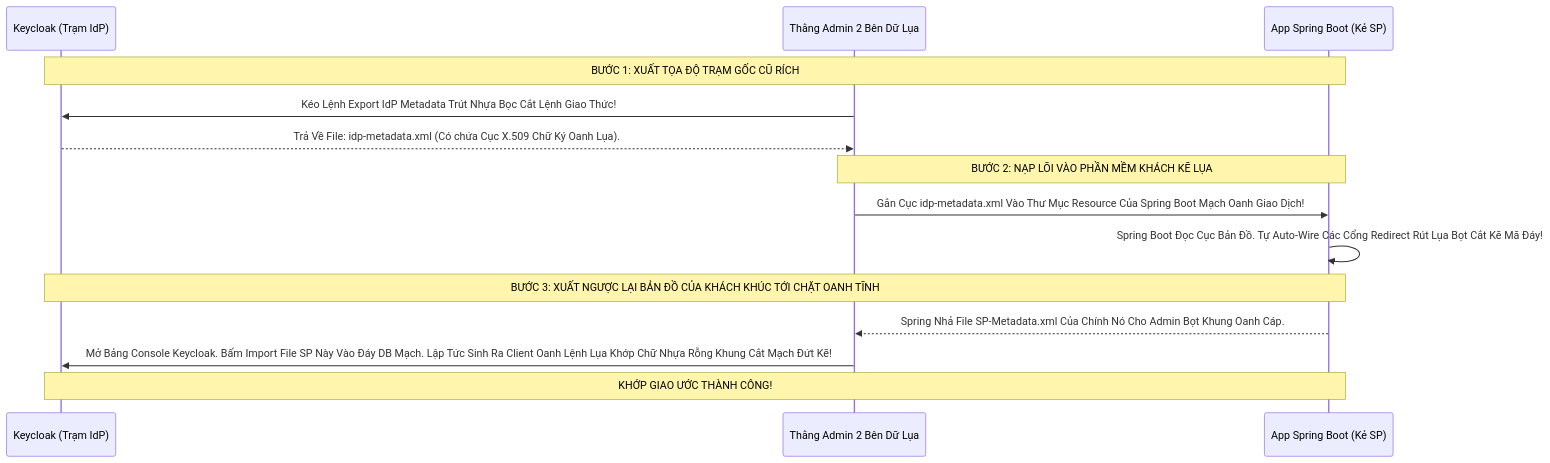
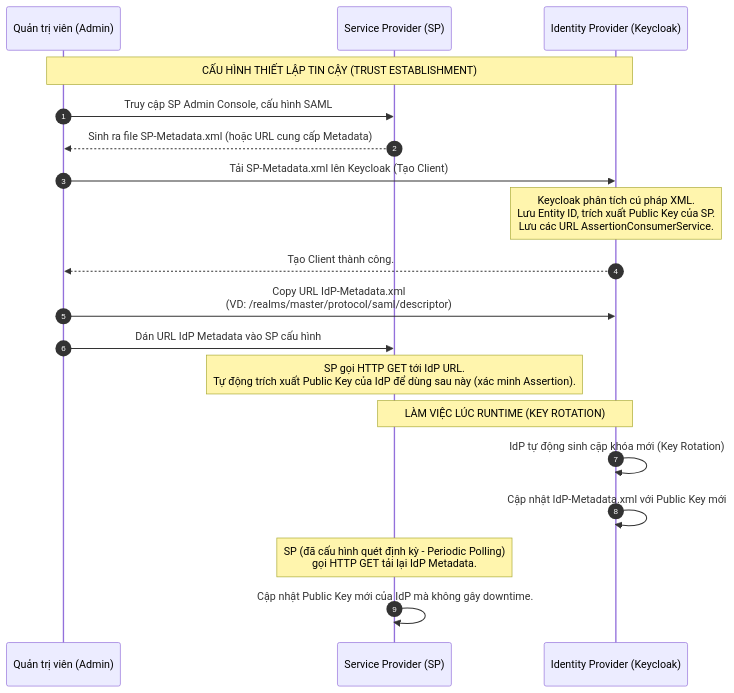
The diagram in 17-SAML/Module-1-Concepts/Lesson-3-Metadata.md (Luckyy0/keycloak), drawn with Mermaid before and after one commit. The commit also changed other lines of this file and 215 other files, not shown here.

````diff
--- a/17-SAML/Module-1-Concepts/Lesson-3-Metadata.md
+++ b/17-SAML/Module-1-Concepts/Lesson-3-Metadata.md
@@ -29,20 +24,28 @@
 ```mermaid
 sequenceDiagram
-    participant Keycloak as Keycloak (Trạm IdP)
-    participant Dev as Thằng Admin 2 Bên Dữ Lụa
-    participant SP as App Spring Boot (Kẻ SP)
-
-    Note over Keycloak, SP: BƯỚC 1: XUẤT TỌA ĐỘ TRẠM GỐC CŨ RÍCH
-    Dev->>Keycloak: Kéo Lệnh Export IdP Metadata Trút Nhựa Bọc Cắt Lệnh Giao Thức!
-    Keycloak-->>Dev: Trả Về File: idp-metadata.xml (Có chứa Cục X.509 Chữ Ký Oanh Lụa).
+    autonumber
+    participant Admin as Quản trị viên (Admin)
+    participant SP as Service Provider (SP)
+    participant IdP as Identity Provider (Keycloak)
     
-    Note over Dev, SP: BƯỚC 2: NẠP LÕI VÀO PHẦN MỀM KHÁCH KẼ LỤA
-    Dev->>SP: Gắn Cục idp-metadata.xml Vào Thư Mục Resource Của Spring Boot Mạch Oanh Giao Dịch!
-    SP->>SP: Spring Boot Đọc Cục Bản Đồ. Tự Auto-Wire Các Cổng Redirect Rút Lụa Bọt Cắt Kẽ Mã Đáy!
+    Note over Admin, IdP: CẤU HÌNH THIẾT LẬP TIN CẬY (TRUST ESTABLISHMENT)
     
-    Note over SP, Keycloak: BƯỚC 3: XUẤT NGƯỢC LẠI BẢN ĐỒ CỦA KHÁCH KHÚC TỚI CHẶT OANH TĨNH
-    SP-->>Dev: Spring Nhả File SP-Metadata.xml Của Chính Nó Cho Admin Bọt Khung Oanh Cáp.
-    Dev->>Keycloak: Mở Bảng Console Keycloak. Bấm Import File SP Này Vào Đáy DB Mạch. Lập Tức Sinh Ra Client Oanh Lệnh Lụa Khớp Chữ Nhựa Rỗng Khung Cắt Mạch Đứt Kẽ!
+    Admin->>SP: Truy cập SP Admin Console, cấu hình SAML
+    SP-->>Admin: Sinh ra file SP-Metadata.xml (hoặc URL cung cấp Metadata)
     
-    Note over Keycloak, SP: KHỚP GIAO ƯỚC THÀNH CÔNG!
+    Admin->>IdP: Tải SP-Metadata.xml lên Keycloak (Tạo Client)
+    Note over IdP: Keycloak phân tích cú pháp XML.<br/>Lưu Entity ID, trích xuất Public Key của SP.<br/>Lưu các URL AssertionConsumerService.
+    IdP-->>Admin: Tạo Client thành công.
+    
+    Admin->>IdP: Copy URL IdP-Metadata.xml <br/>(VD: /realms/master/protocol/saml/descriptor)
+    Admin->>SP: Dán URL IdP Metadata vào SP cấu hình
+    
+    Note over SP: SP gọi HTTP GET tới IdP URL.<br/>Tự động trích xuất Public Key của IdP để dùng sau này (xác minh Assertion).
+    
+    Note over SP, IdP: LÀM VIỆC LÚC RUNTIME (KEY ROTATION)
+    
+    IdP->>IdP: IdP tự động sinh cặp khóa mới (Key Rotation)
+    IdP->>IdP: Cập nhật IdP-Metadata.xml với Public Key mới
+    Note over SP: SP (đã cấu hình quét định kỳ - Periodic Polling)<br/>gọi HTTP GET tải lại IdP Metadata.
+    SP->>SP: Cập nhật Public Key mới của IdP mà không gây downtime.
 ```
````
